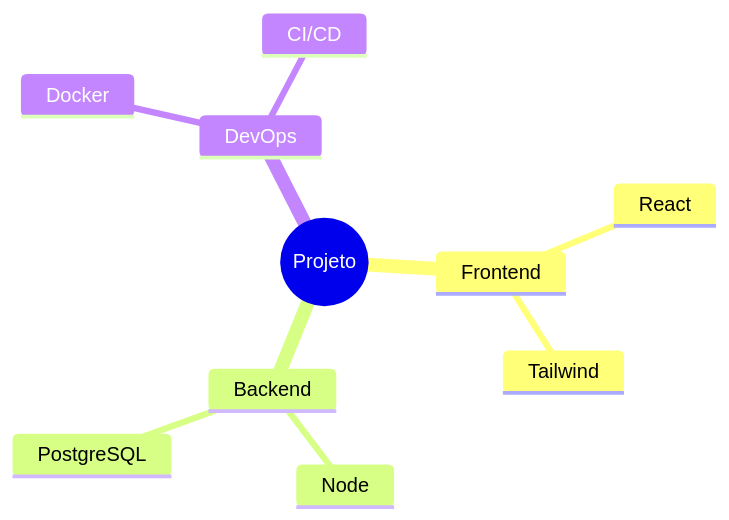
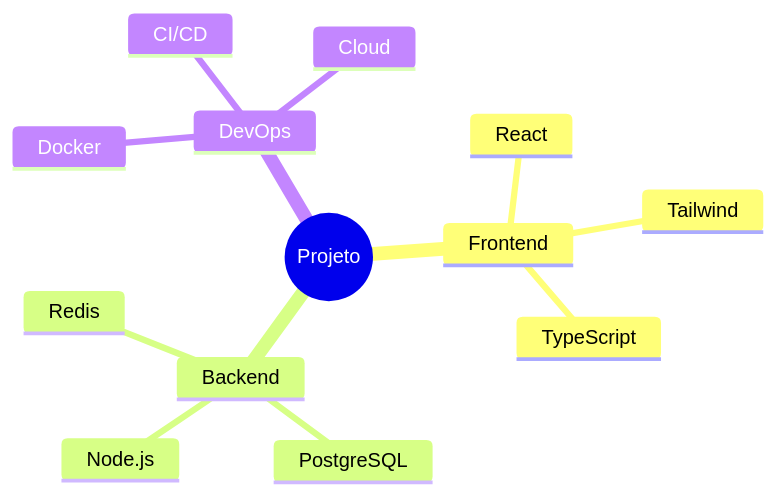
Before and after one commit to aajunior43/workspace-backup: the seventh of 14 diagrams in Skills/mermaid-diagrams/SKILL.md, drawn with Mermaid. The commit also changed other lines of this file and 5 other files, not shown here.

````diff
--- a/Skills/mermaid-diagrams/SKILL.md
+++ b/Skills/mermaid-diagrams/SKILL.md
@@ -133,13 +169,16 @@
 ```mermaid
 mindmap
   root((Projeto))
     Frontend
       React
       Tailwind
+      TypeScript
     Backend
-      Node
+      Node.js
       PostgreSQL
+      Redis
     DevOps
       Docker
       CI/CD
+      Cloud
 ```
````
